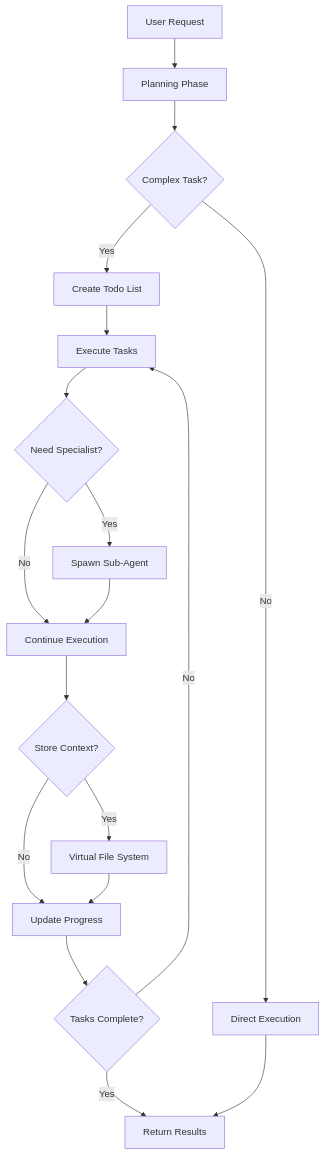
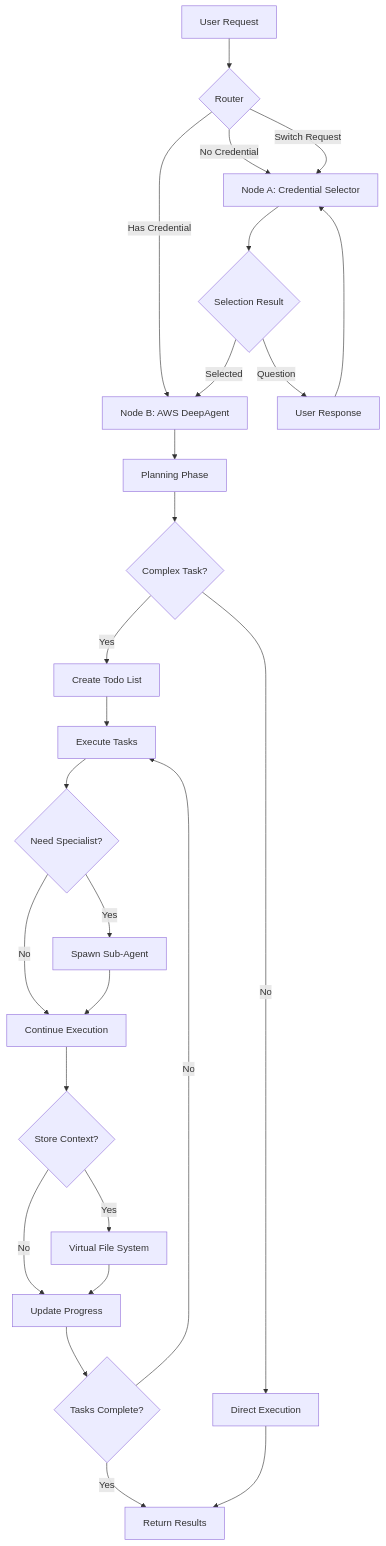
One commit to plantoncloud-inc/graph-fleet changed the diagram in src/agents/aws_agent/README.md. Above: the diagram before and after it, drawn with Mermaid. The commit also changed other lines of this file and 11 other files, not shown here.

````diff
--- a/src/agents/aws_agent/README.md
+++ b/src/agents/aws_agent/README.md
@@ -54,20 +66,30 @@
 ```mermaid
 graph TD
-    A[User Request] --> B[Planning Phase]
-    B --> C{Complex Task?}
+    A[User Request] --> R{Router}
+    R -->|No Credential| CS[Node A: Credential Selector]
+    R -->|Switch Request| CS
+    R -->|Has Credential| DA[Node B: AWS DeepAgent]
+    
+    CS --> S{Selection Result}
+    S -->|Selected| DA
+    S -->|Question| U[User Response]
+    U --> CS
+    
+    DA --> P[Planning Phase]
+    P --> C{Complex Task?}
     C -->|Yes| D[Create Todo List]
     C -->|No| E[Direct Execution]
     D --> F[Execute Tasks]
     F --> G{Need Specialist?}
     G -->|Yes| H[Spawn Sub-Agent]
     G -->|No| I[Continue Execution]
     H --> I
     I --> J{Store Context?}
     J -->|Yes| K[Virtual File System]
     J -->|No| L[Update Progress]
     K --> L
     L --> M{Tasks Complete?}
     M -->|No| F
     M -->|Yes| N[Return Results]
     E --> N
 ```
````
